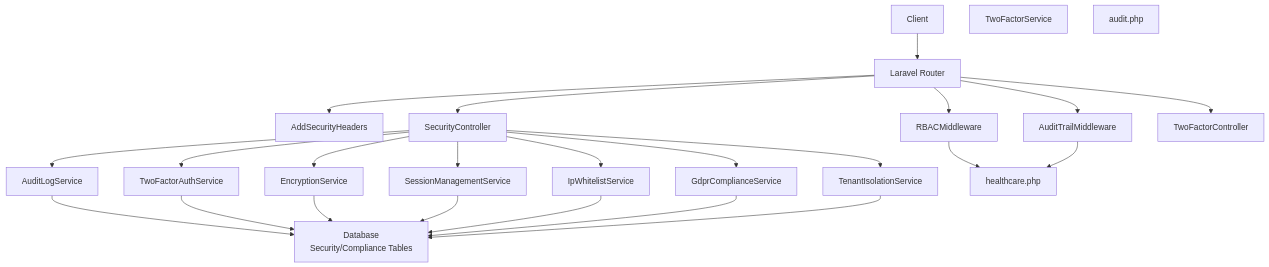
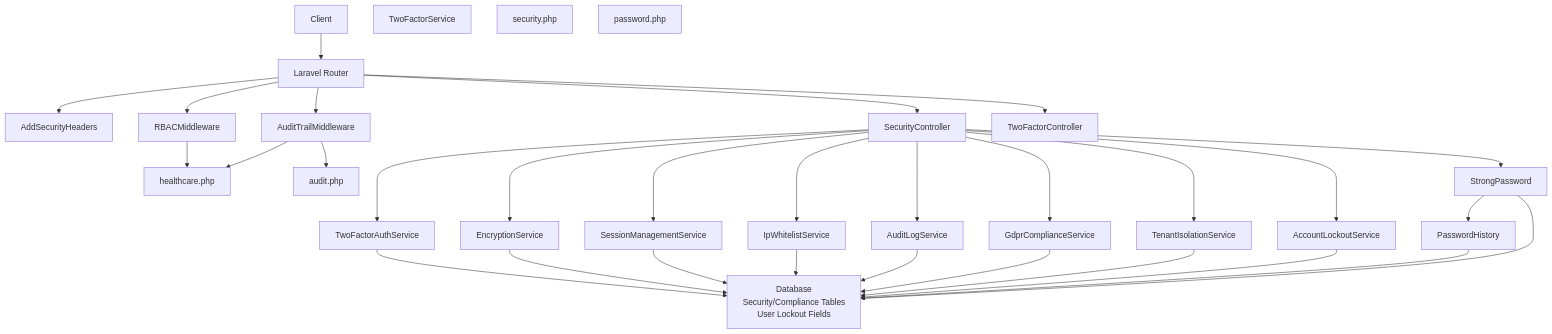
One commit to wahyudedik/qalcuityERP changed the second of 14 diagrams in .qoder/repowiki/en/content/Security & Compliance/Security & Compliance.md. Above: the diagram before and after it, drawn with Mermaid. The commit also changed other lines of this file and 626 other files, not shown here.

````diff
--- a/.qoder/repowiki/en/content/Security & Compliance/Security & Compliance.md
+++ b/.qoder/repowiki/en/content/Security & Compliance/Security & Compliance.md
@@ -132,43 +175,55 @@
 ```mermaid
 graph TB
 Client["Client"]
 Router["Laravel Router"]
 MW_SecHdr["AddSecurityHeaders"]
 MW_RBAC["RBACMiddleware"]
 MW_Audit["AuditTrailMiddleware"]
 Ctrl_Sec["SecurityController"]
 Ctrl_2FA["TwoFactorController"]
 Svc_2FA["TwoFactorAuthService"]
 Svc_2FA_User["TwoFactorService"]
 Svc_Enc["EncryptionService"]
 Svc_Session["SessionManagementService"]
 Svc_IP["IpWhitelistService"]
 Svc_Audit["AuditLogService"]
 Svc_GDPR["GdprComplianceService"]
 Svc_TenantIso["TenantIsolationService"]
+Svc_Lockout["AccountLockoutService"]
+Rule_Password["StrongPassword"]
+Model_PasswordHist["PasswordHistory"]
+Cfg_Security["security.php"]
+Cfg_Password["password.php"]
 Cfg_Audit["audit.php"]
 Cfg_Health["healthcare.php"]
-DB["Database<br/>Security/Compliance Tables"]
+DB["Database<br/>Security/Compliance Tables<br/>User Lockout Fields"]
 Client --> Router
 Router --> MW_SecHdr
 Router --> MW_RBAC
 Router --> MW_Audit
 Router --> Ctrl_Sec
 Router --> Ctrl_2FA
 Ctrl_Sec --> Svc_2FA
 Ctrl_Sec --> Svc_Enc
 Ctrl_Sec --> Svc_Session
 Ctrl_Sec --> Svc_IP
 Ctrl_Sec --> Svc_Audit
 Ctrl_Sec --> Svc_GDPR
 Ctrl_Sec --> Svc_TenantIso
+Ctrl_Sec --> Svc_Lockout
+Ctrl_Sec --> Rule_Password
+Rule_Password --> Model_PasswordHist
 MW_RBAC --> Cfg_Health
 MW_Audit --> Cfg_Health
+MW_Audit --> Cfg_Audit
 Svc_Audit --> DB
 Svc_2FA --> DB
 Svc_Enc --> DB
 Svc_Session --> DB
 Svc_IP --> DB
 Svc_GDPR --> DB
 Svc_TenantIso --> DB
+Svc_Lockout --> DB
+Rule_Password --> DB
+Model_PasswordHist --> DB
 ```
````
